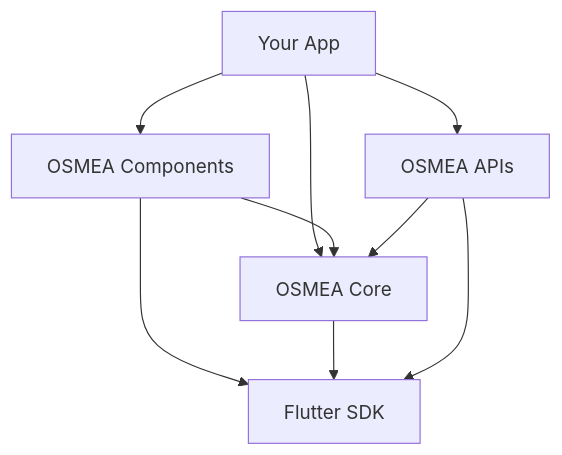
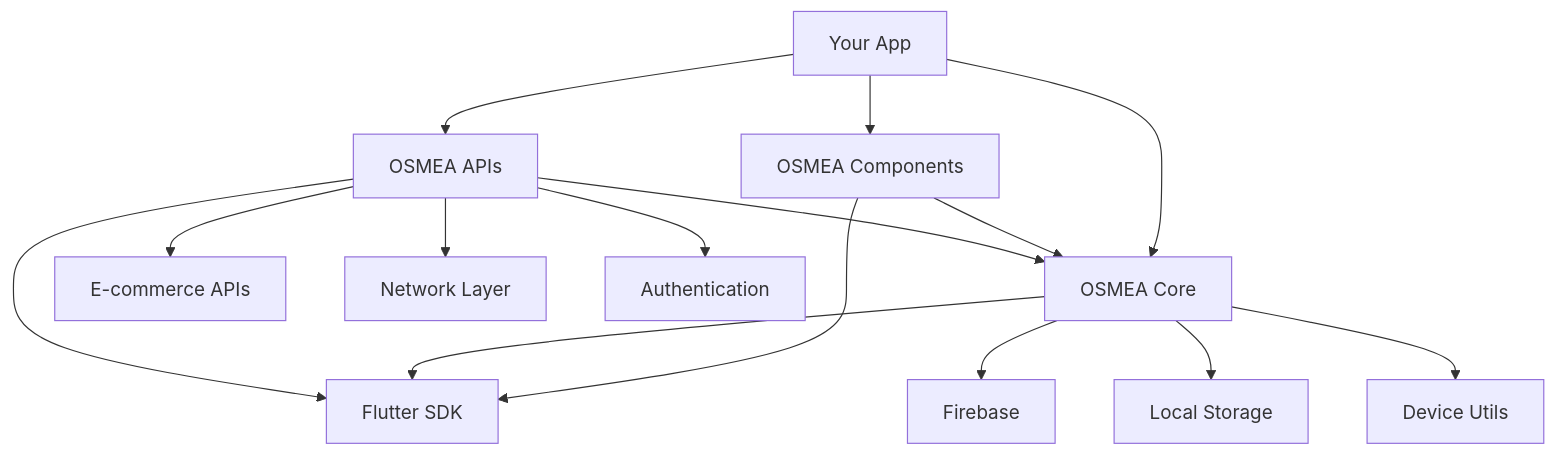
The diagram in packages/README.md (SelimKutuk/osmea), drawn with Mermaid before and after one commit. The commit also changed other lines of this file, not shown here.

````diff
--- a/packages/README.md
+++ b/packages/README.md
@@ -174,13 +389,21 @@
 ```mermaid
 graph TD
     A[Your App] --> B[OSMEA Components]
     A --> C[OSMEA Core]
     A --> D[OSMEA APIs]
     
     B --> C
     D --> C
     
     B --> E[Flutter SDK]
     C --> E
     D --> E
+    
+    C --> F[Firebase]
+    C --> G[Local Storage]
+    C --> H[Device Utils]
+    
+    D --> I[E-commerce APIs]
+    D --> J[Network Layer]
+    D --> K[Authentication]
 ```
````
